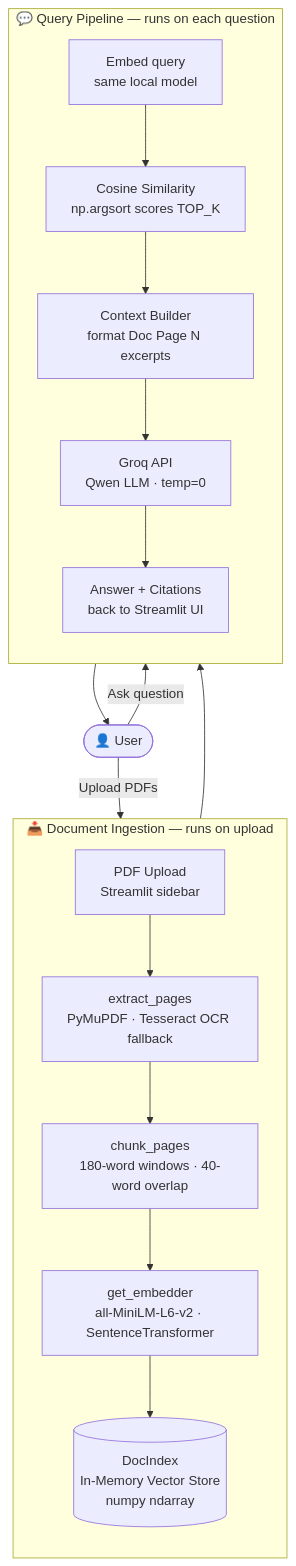
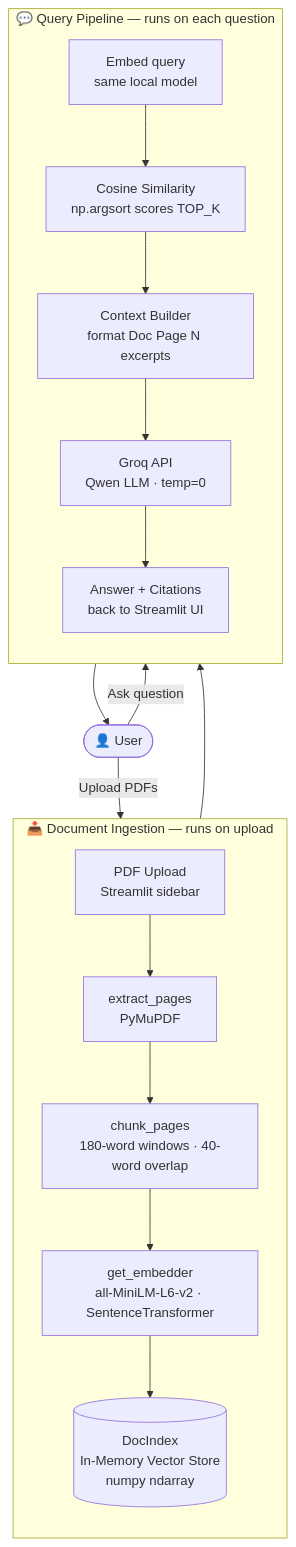
The diagram in README.md (varshi495/astra_intel), drawn with Mermaid before and after one commit.

Commit message:
Update extraction method in ingestion diagram

````diff
--- a/README.md
+++ b/README.md
@@ -76,29 +76,29 @@
 ```mermaid
 flowchart TD
     User(["👤 User"])
 
     subgraph Ingestion ["📥 Document Ingestion — runs on upload"]
         direction TB
         UP["PDF Upload\nStreamlit sidebar"]
-        EX["extract_pages\nPyMuPDF · Tesseract OCR fallback"]
+        EX["extract_pages\nPyMuPDF"]
         CH["chunk_pages\n180-word windows · 40-word overlap"]
         EM["get_embedder\nall-MiniLM-L6-v2 · SentenceTransformer"]
         VI[("DocIndex\nIn-Memory Vector Store\nnumpy ndarray")]
         UP --> EX --> CH --> EM --> VI
     end
 
     subgraph Query ["💬 Query Pipeline — runs on each question"]
         direction TB
         QE["Embed query\nsame local model"]
         CS["Cosine Similarity\nnp.argsort scores TOP_K"]
         CB["Context Builder\nformat Doc Page N excerpts"]
         LLM["Groq API\nQwen LLM · temp=0"]
         ANS["Answer + Citations\nback to Streamlit UI"]
         QE --> CS --> CB --> LLM --> ANS
     end
 
     User -->|"Upload PDFs"| UP
     User -->|"Ask question"| QE
     VI --> CS
     ANS --> User
 ```
````
